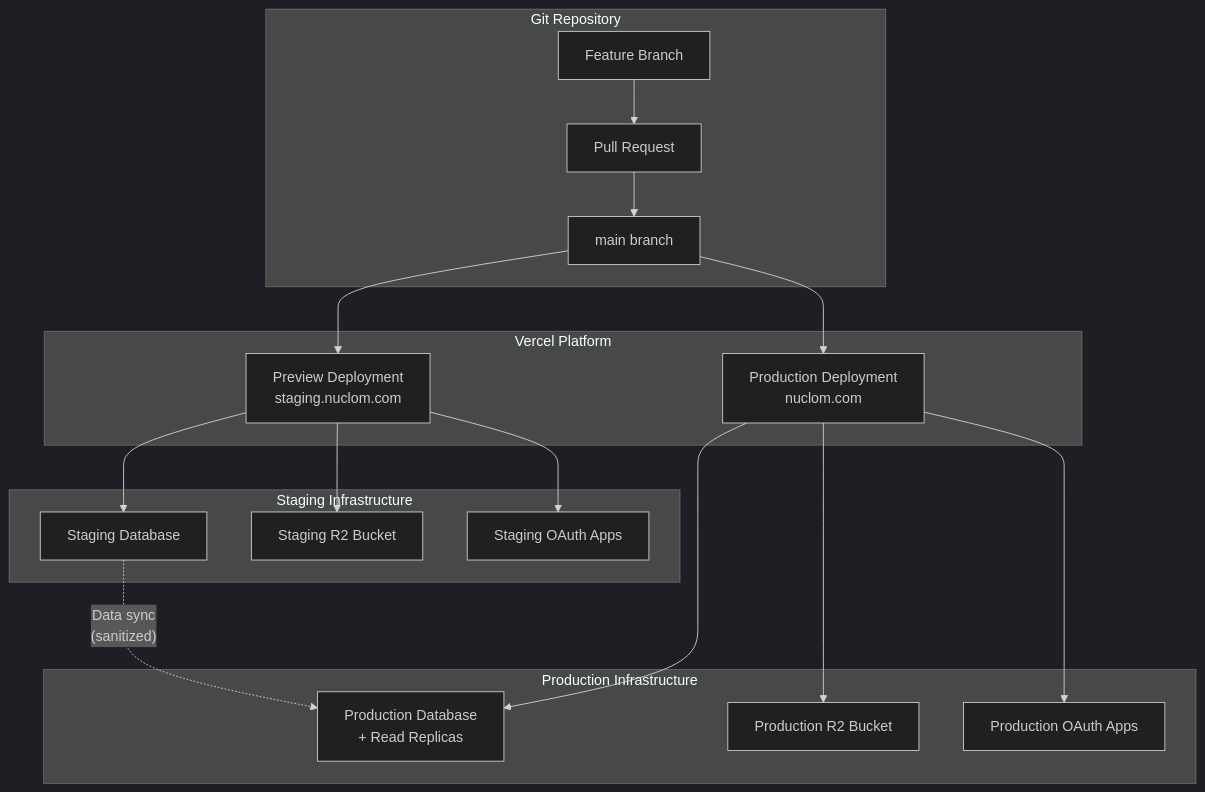
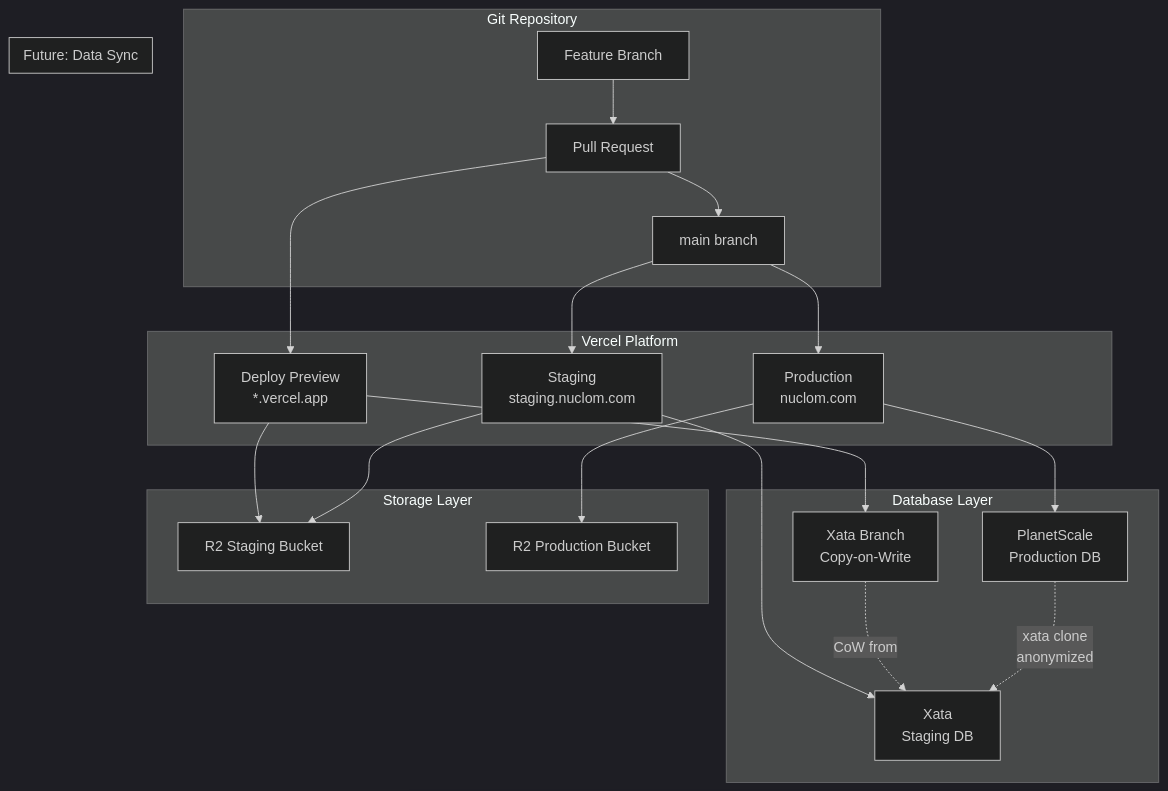
The first of 4 diagrams in docs/internal/architecture/deployment-environments.md (nuclom/nuclom), drawn with Mermaid (dark theme) before and after one commit. The commit also changed other lines of this file, not shown here.

````diff
--- a/docs/internal/architecture/deployment-environments.md
+++ b/docs/internal/architecture/deployment-environments.md
@@ -19,26 +18,30 @@
 ```mermaid
 graph TB
     subgraph "Git Repository"
         A[Feature Branch] --> B[Pull Request]
         B --> C[main branch]
     end
 
     subgraph "Vercel Platform"
-        C --> D[Preview Deployment<br/>staging.nuclom.com]
-        C --> E[Production Deployment<br/>nuclom.com]
+        B --> D[Deploy Preview<br/>*.vercel.app]
+        C --> E[Staging<br/>staging.nuclom.com]
+        C --> F[Production<br/>nuclom.com]
     end
 
-    subgraph "Staging Infrastructure"
-        D --> F[Staging Database]
-        D --> G[Staging R2 Bucket]
-        D --> H[Staging OAuth Apps]
+    subgraph "Database Layer"
+        D --> G[Xata Branch<br/>Copy-on-Write]
+        E --> H[Xata<br/>Staging DB]
+        F --> I[PlanetScale<br/>Production DB]
+        G -.->|CoW from| H
     end
 
-    subgraph "Production Infrastructure"
-        E --> I[Production Database<br/>+ Read Replicas]
-        E --> J[Production R2 Bucket]
-        E --> K[Production OAuth Apps]
+    subgraph "Storage Layer"
+        D --> J[R2 Staging Bucket]
+        E --> J
+        F --> K[R2 Production Bucket]
     end
 
-    F -.->|"Data sync<br/>(sanitized)"| I
+    subgraph "Future: Data Sync"
+        I -.->|xata clone<br/>anonymized| H
+    end
 ```
````
